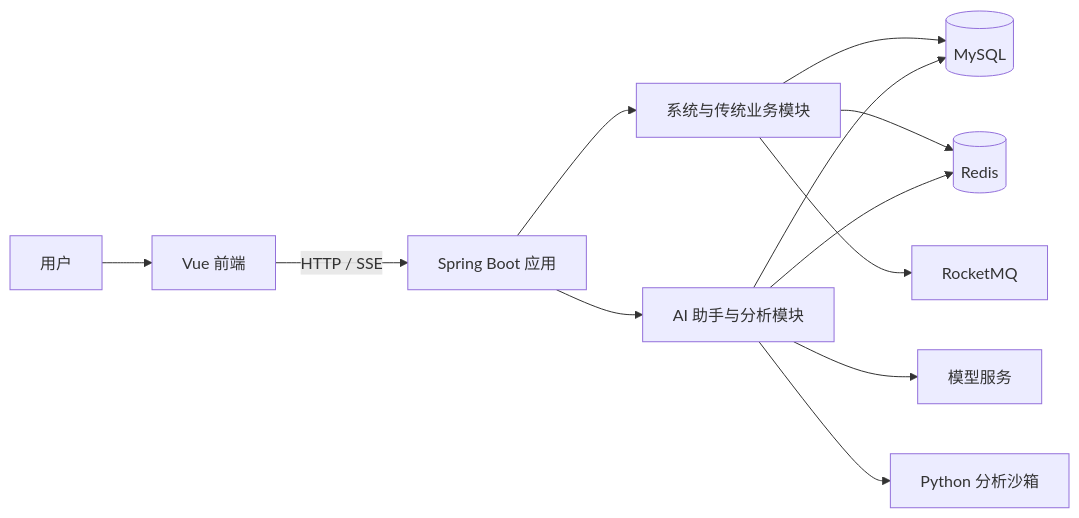
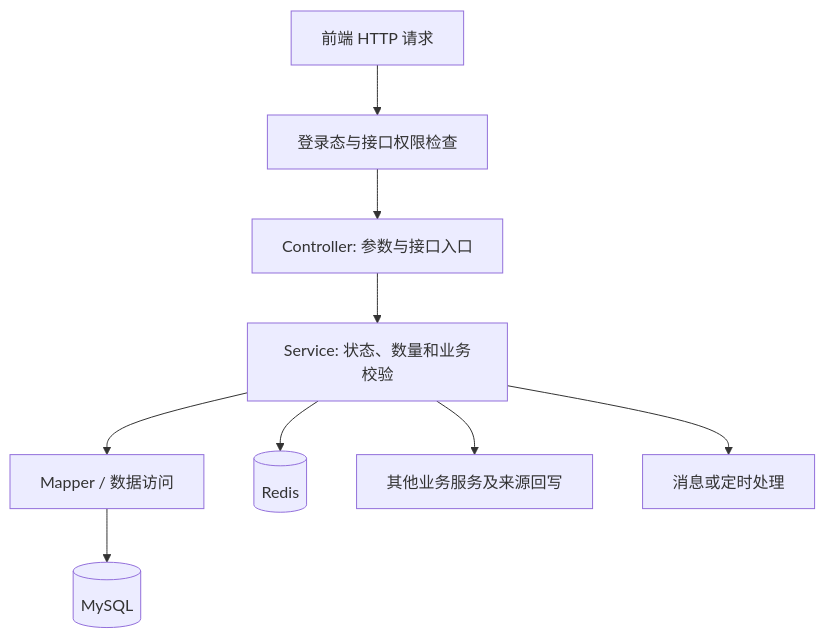
The second of 3 diagrams in docs/architecture/overview.md (LI-S-H/qiheng-erp), drawn with Mermaid before and after one commit. The commit also changed other lines of this file and 7 other files, not shown here.

Commit message:
docs: expand project readme and architecture

````diff
--- a/docs/architecture/overview.md
+++ b/docs/architecture/overview.md
@@ -5,14 +127,11 @@
 ```mermaid
-flowchart LR
-    U[用户] --> W[Vue 前端]
-    W -->|HTTP / SSE| API[Spring Boot 应用]
-    API --> B[系统与传统业务模块]
-    API --> AI[AI 助手与分析模块]
-    B --> DB[(MySQL)]
-    B --> R[(Redis)]
-    B --> MQ[RocketMQ]
-    AI --> DB
-    AI --> R
-    AI --> MODEL[模型服务]
-    AI --> SANDBOX[Python 分析沙箱]
+flowchart TD
+    HTTP[前端 HTTP 请求] --> AUTH[登录态与接口权限检查]
+    AUTH --> CTRL[Controller: 参数与接口入口]
+    CTRL --> SERVICE[Service: 状态、数量和业务校验]
+    SERVICE --> MAPPER[Mapper / 数据访问]
+    MAPPER --> MYSQL[(MySQL)]
+    SERVICE --> CACHE[(Redis)]
+    SERVICE --> OTHER[其他业务服务及来源回写]
+    SERVICE --> EVENT[消息或定时处理]
 ```
````
